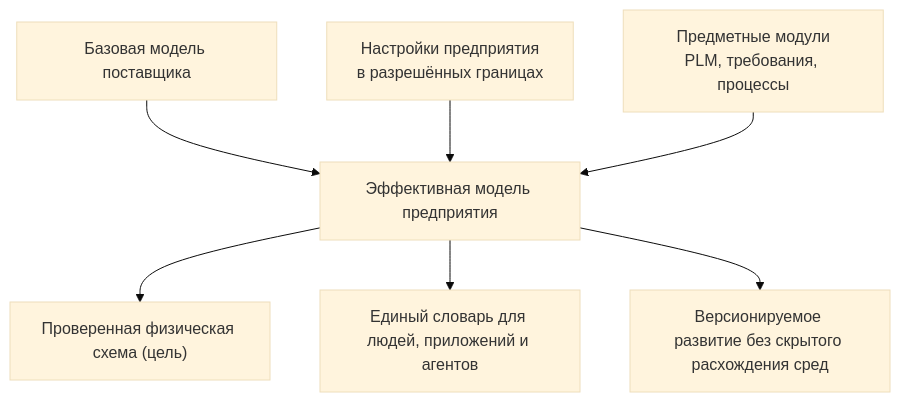
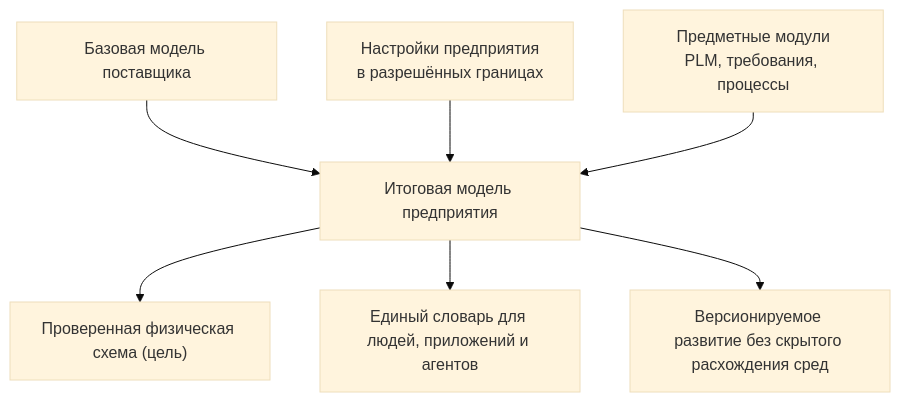
Before and after one commit to Alvatune/Interlink-product-book-RU: the diagram in book/Data-type-system-vision.md, drawn with Mermaid (base theme). The commit also changed other lines of this file and 80 other files, not shown here.

````diff
--- a/book/Data-type-system-vision.md
+++ b/book/Data-type-system-vision.md
@@ -22,9 +22,9 @@
 ```mermaid
 flowchart TD
-    A["Базовая модель поставщика"] --> D["Эффективная модель предприятия"]
+    A["Базовая модель поставщика"] --> D["Итоговая модель предприятия"]
     B["Настройки предприятия<br/>в разрешённых границах"] --> D
     C["Предметные модули<br/>PLM, требования, процессы"] --> D
     D --> E["Проверенная физическая схема (цель)"]
     D --> F["Единый словарь для людей, приложений и агентов"]
     D --> G["Версионируемое развитие без скрытого расхождения сред"]
 ```
````
